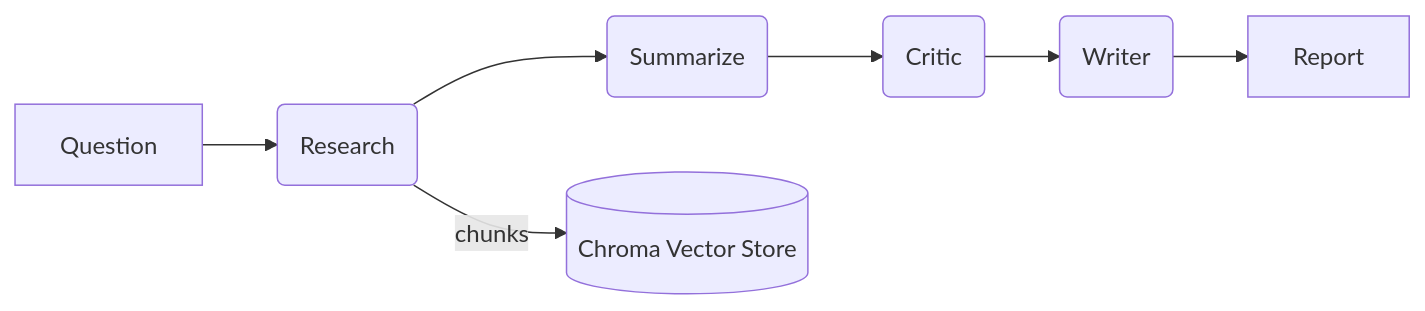
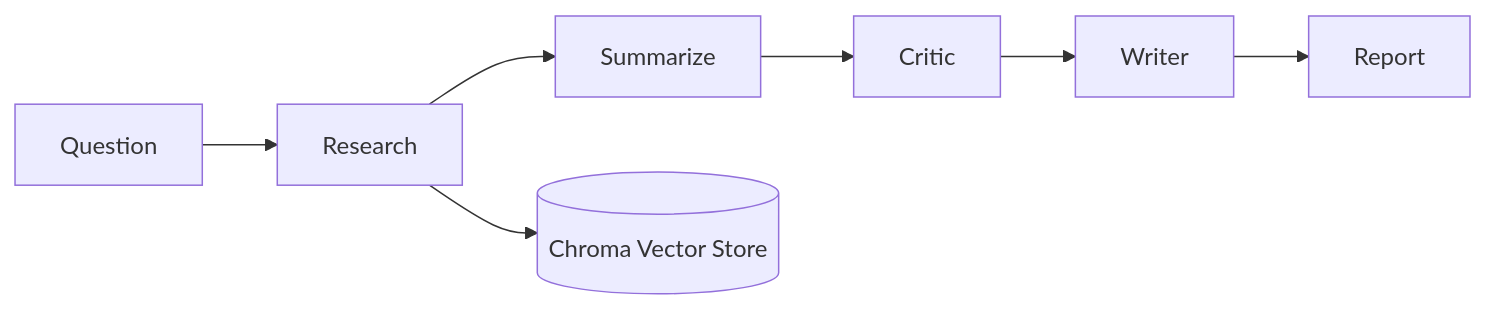
One commit to consolebuddy/fastapi-rag-langraph changed the second of 2 diagrams in README.md. Above: the diagram before and after it, drawn with Mermaid. The commit also changed other lines of this file and 1 other file, not shown here.

````diff
--- a/README.md
+++ b/README.md
@@ -185,9 +187,9 @@
 ```mermaid
 flowchart LR
-Q[Question] --> R(Research)
-R --> S(Summarize)
-S --> C(Critic)
-C --> W(Writer)
+Q[Question] --> R[Research]
+R --> S[Summarize]
+S --> C[Critic]
+C --> W[Writer]
 W --> O[Report]
-R -->|chunks| V[(Chroma Vector Store)]
+R --> V[(Chroma Vector Store)]
 ```
````
